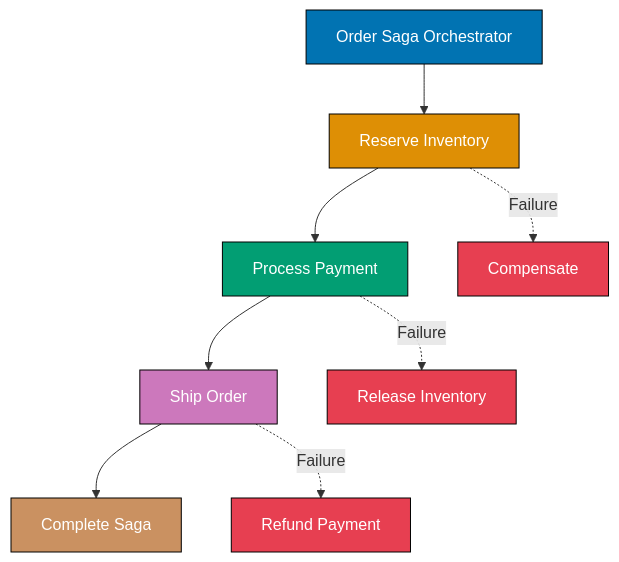
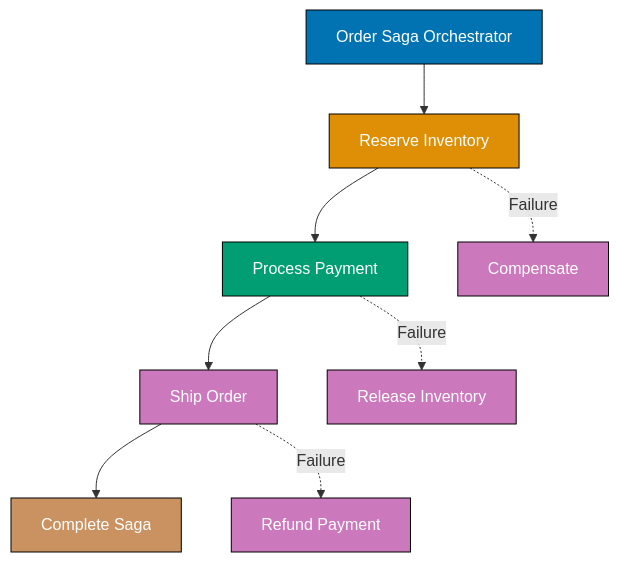
Before and after one commit to wahidyankf/open-sharia-enterprise: the seventh of 12 diagrams in apps/ayokoding-web/content/en/learn/software-engineering/architecture/domain-driven-design-ddd/by-example/advanced.md, drawn with Mermaid. The commit also changed other lines of this file and 157 other files, not shown here.

````diff
--- a/apps/ayokoding-web/content/en/learn/software-engineering/architecture/domain-driven-design-ddd/by-example/advanced.md
+++ b/apps/ayokoding-web/content/en/learn/software-engineering/architecture/domain-driven-design-ddd/by-example/advanced.md
@@ -2739,20 +2502,20 @@
 ```mermaid
 graph TD
     A[Order Saga Orchestrator] --> B[Reserve Inventory]
     B --> C[Process Payment]
     C --> D[Ship Order]
     D --> E[Complete Saga]
 
     B -.->|Failure| F[Compensate]
     C -.->|Failure| G[Release Inventory]
     D -.->|Failure| H[Refund Payment]
 
     style A fill:#0173B2,stroke:#000,color:#fff
     style B fill:#DE8F05,stroke:#000,color:#fff
     style C fill:#029E73,stroke:#000,color:#fff
     style D fill:#CC78BC,stroke:#000,color:#fff
     style E fill:#CA9161,stroke:#000,color:#fff
-    style F fill:#E73F51,stroke:#000,color:#fff
-    style G fill:#E73F51,stroke:#000,color:#fff
-    style H fill:#E73F51,stroke:#000,color:#fff
+    style F fill:#CC78BC,stroke:#000,color:#fff
+    style G fill:#CC78BC,stroke:#000,color:#fff
+    style H fill:#CC78BC,stroke:#000,color:#fff
 ```
````
